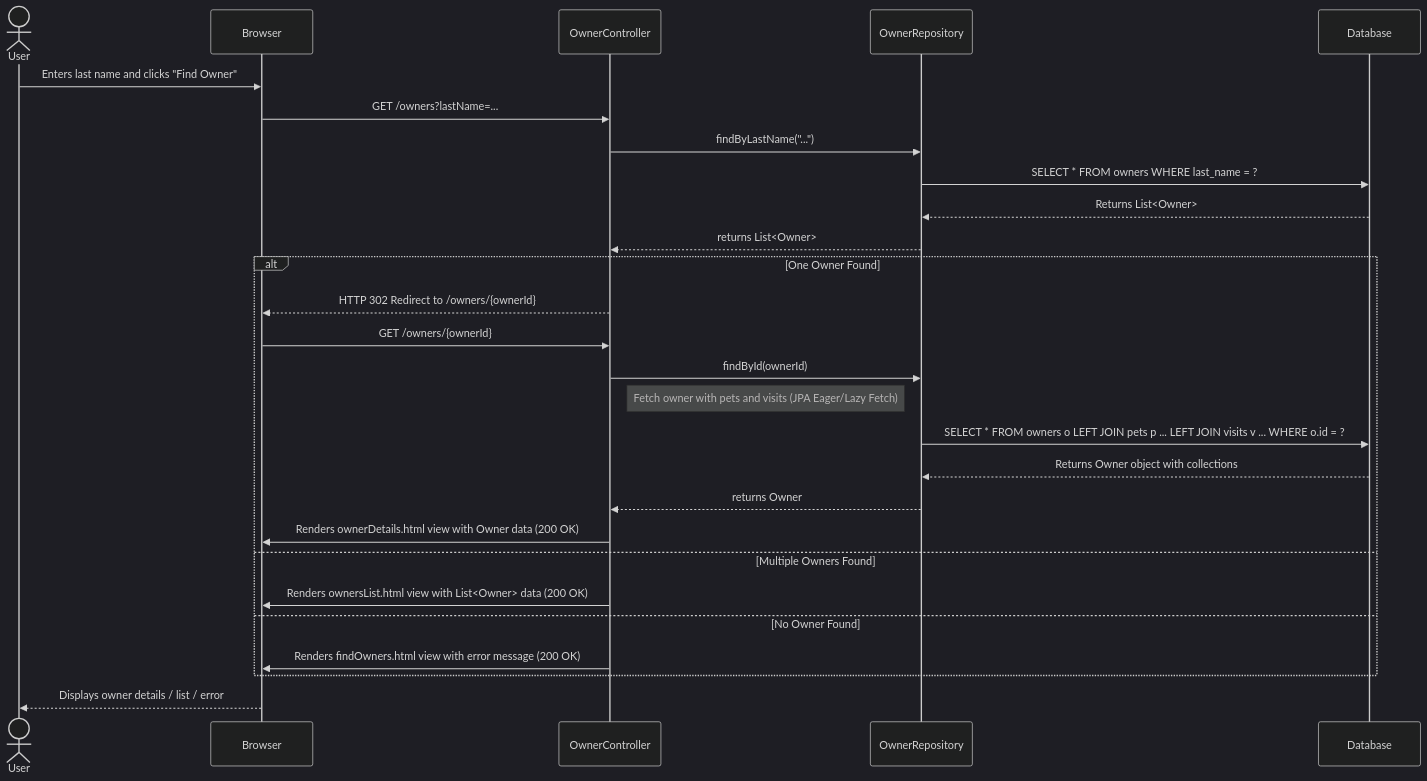
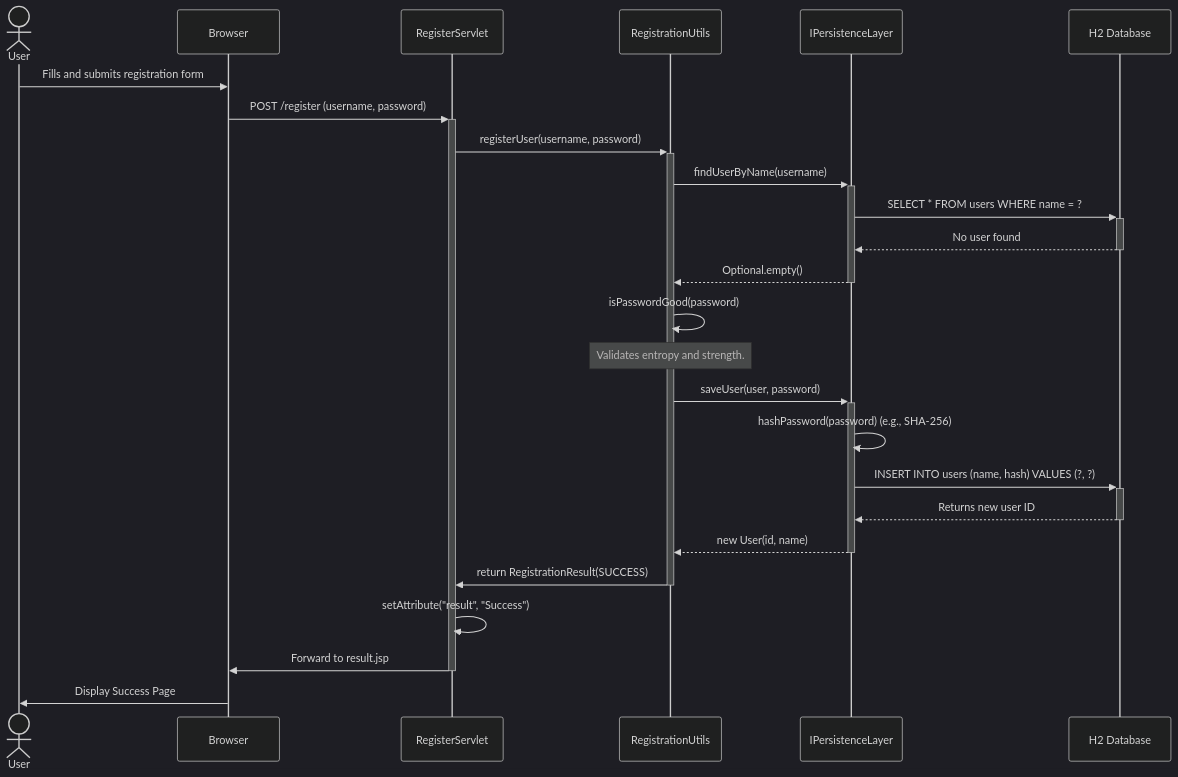
Before and after one commit to sambuaneesh/7ep-demo: the second of 6 diagrams in summaries/gemini-2.5-pro/hierarchical/artifacts/05_dynamic_interactions.md, drawn with Mermaid (dark theme). The commit also changed other lines of this file and 9 other files, not shown here.

````diff
--- a/summaries/gemini-2.5-pro/hierarchical/artifacts/05_dynamic_interactions.md
+++ b/summaries/gemini-2.5-pro/hierarchical/artifacts/05_dynamic_interactions.md
@@ -14,31 +35,35 @@
 ```mermaid
 sequenceDiagram
     actor User
     participant Browser
-    participant OwnerController
-    participant OwnerRepository
-    participant Database
+    participant RegisterServlet
+    participant RegistrationUtils
+    participant PersistenceLayer as IPersistenceLayer
+    participant H2 as H2 Database
 
-    User->>Browser: Enters last name and clicks "Find Owner"
-    Browser->>OwnerController: GET /owners?lastName=...
-    OwnerController->>OwnerRepository: findByLastName("...")
-    OwnerRepository->>Database: SELECT * FROM owners WHERE last_name = ?
-    Database-->>OwnerRepository: Returns List<Owner>
-    OwnerRepository-->>OwnerController: returns List<Owner>
+    User ->> Browser: Fills and submits registration form
+    Browser ->>+ RegisterServlet: POST /register (username, password)
+    RegisterServlet ->>+ RegistrationUtils: registerUser(username, password)
+    
+    RegistrationUtils ->>+ PersistenceLayer: findUserByName(username)
+    PersistenceLayer ->>+ H2: SELECT * FROM users WHERE name = ?
+    H2 -->>- PersistenceLayer: No user found
+    PersistenceLayer -->>- RegistrationUtils: Optional.empty()
 
-    alt One Owner Found
-        OwnerController-->>Browser: HTTP 302 Redirect to /owners/{ownerId}
-        Browser->>OwnerController: GET /owners/{ownerId}
-        OwnerController->>OwnerRepository: findById(ownerId)
-        Note right of OwnerController: Fetch owner with pets and visits (JPA Eager/Lazy Fetch)
-        OwnerRepository->>Database: SELECT * FROM owners o LEFT JOIN pets p ... LEFT JOIN visits v ... WHERE o.id = ?
-        Database-->>OwnerRepository: Returns Owner object with collections
-        OwnerRepository-->>OwnerController: returns Owner
-        OwnerController->>Browser: Renders ownerDetails.html view with Owner data (200 OK)
-    else Multiple Owners Found
-        OwnerController->>Browser: Renders ownersList.html view with List<Owner> data (200 OK)
-    else No Owner Found
-        OwnerController->>Browser: Renders findOwners.html view with error message (200 OK)
-    end
-    Browser-->>User: Displays owner details / list / error
+    RegistrationUtils ->> RegistrationUtils: isPasswordGood(password)
+    Note over RegistrationUtils: Validates entropy and strength.
+    
+    RegistrationUtils ->>+ PersistenceLayer: saveUser(user, password)
+    PersistenceLayer ->> PersistenceLayer: hashPassword(password) (e.g., SHA-256)
+    PersistenceLayer ->>+ H2: INSERT INTO users (name, hash) VALUES (?, ?)
+    H2 -->>- PersistenceLayer: Returns new user ID
+    PersistenceLayer -->>- RegistrationUtils: new User(id, name)
+    
+    RegistrationUtils ->> RegisterServlet: return RegistrationResult(SUCCESS)
+    deactivate RegistrationUtils
+    
+    RegisterServlet ->> RegisterServlet: setAttribute("result", "Success")
+    RegisterServlet ->> Browser: Forward to result.jsp
+    deactivate RegisterServlet
+    Browser ->> User: Display Success Page
 ```
````
